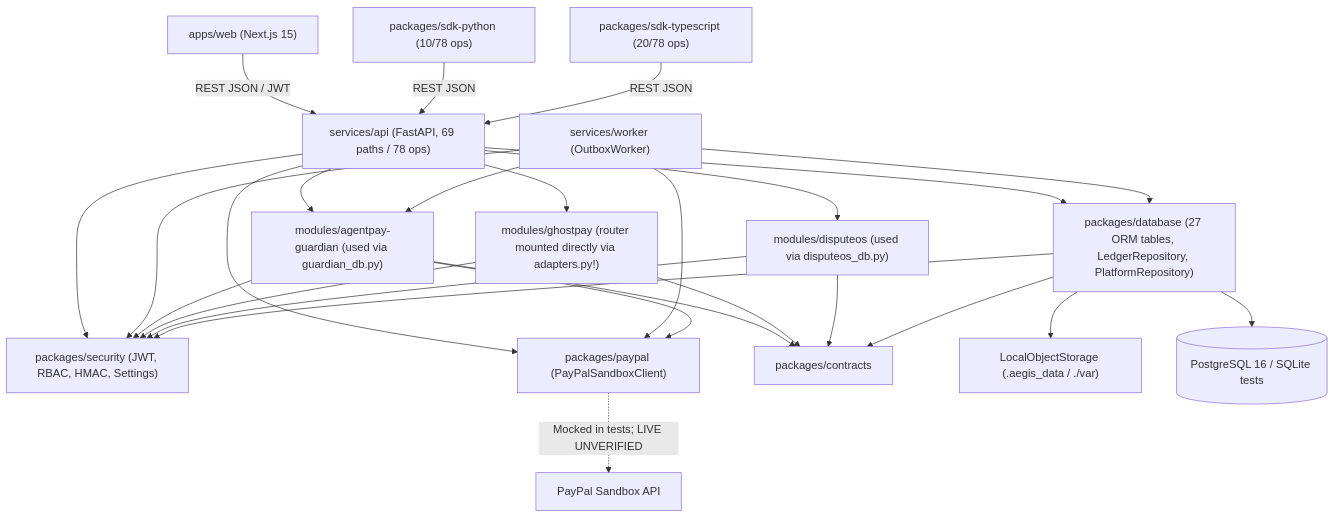
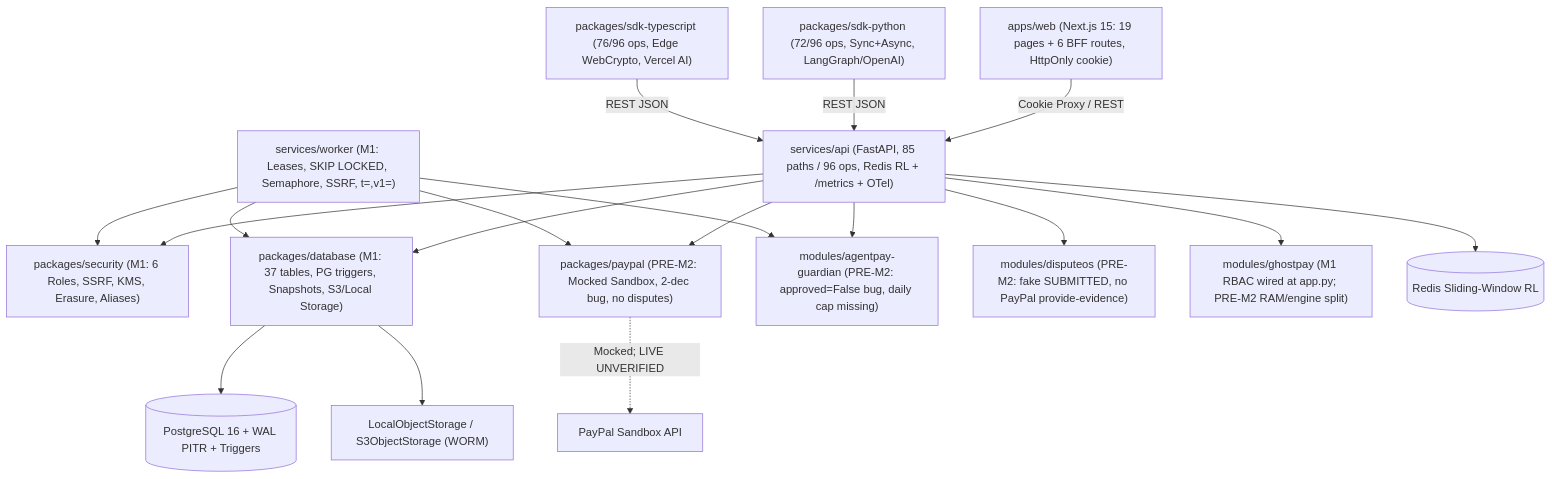
Before and after one commit to abhinav29102005/aegis: the diagram in aegis-production-audit/01_REPOSITORY_AND_ARCHITECTURE_AUDIT.md, drawn with Mermaid. The commit also changed other lines of this file and 18 other files, not shown here.

````diff
--- a/aegis-production-audit/01_REPOSITORY_AND_ARCHITECTURE_AUDIT.md
+++ b/aegis-production-audit/01_REPOSITORY_AND_ARCHITECTURE_AUDIT.md
@@ -49,31 +45,23 @@
 ```mermaid
 flowchart TD
-    WEB["apps/web (Next.js 15)"] -->|REST JSON / JWT| API["services/api (FastAPI, 69 paths / 78 ops)"]
-    SDKPY["packages/sdk-python (10/78 ops)"] -->|REST JSON| API
-    SDKTS["packages/sdk-typescript (20/78 ops)"] -->|REST JSON| API
+    WEB["apps/web (Next.js 15: 19 pages + 6 BFF routes, HttpOnly cookie)"] -->|Cookie Proxy / REST| API["services/api (FastAPI, 85 paths / 96 ops, Redis RL + /metrics + OTel)"]
+    SDKPY["packages/sdk-python (72/96 ops, Sync+Async, LangGraph/OpenAI)"] -->|REST JSON| API
+    SDKTS["packages/sdk-typescript (76/96 ops, Edge WebCrypto, Vercel AI)"] -->|REST JSON| API
 
-    API --> SEC["packages/security (JWT, RBAC, HMAC, Settings)"]
-    API --> DB["packages/database (27 ORM tables, LedgerRepository, PlatformRepository)"]
-    API --> PP["packages/paypal (PayPalSandboxClient)"]
-    API --> GUARD["modules/agentpay-guardian (used via guardian_db.py)"]
-    API --> DISP["modules/disputeos (used via disputeos_db.py)"]
-    API --> GHOST["modules/ghostpay (router mounted directly via adapters.py!)"]
+    API --> SEC["packages/security (M1: 6 Roles, SSRF, KMS, Erasure, Aliases)"]
+    API --> DB["packages/database (M1: 37 tables, PG triggers, Snapshots, S3/Local Storage)"]
+    API --> PP["packages/paypal (PRE-M2: Mocked Sandbox, 2-dec bug, no disputes)"]
+    API --> GUARD["modules/agentpay-guardian (PRE-M2: approved=False bug, daily cap missing)"]
+    API --> DISP["modules/disputeos (PRE-M2: fake SUBMITTED, no PayPal provide-evidence)"]
+    API --> GHOST["modules/ghostpay (M1 RBAC wired at app.py; PRE-M2 RAM/engine split)"]
 
-    WRK["services/worker (OutboxWorker)"] --> DB
+    WRK["services/worker (M1: Leases, SKIP LOCKED, Semaphore, SSRF, t=,v1=)"] --> DB
     WRK --> GUARD
     WRK --> PP
     WRK --> SEC
 
-    GUARD --> CONTRACTS["packages/contracts"]
-    GUARD --> SEC
-    GUARD --> PP
-    GHOST --> CONTRACTS
-    GHOST --> SEC
-    DISP --> CONTRACTS
-    DISP --> SEC
-    DB --> CONTRACTS
-    DB --> SEC
-    DB --> STORAGE["LocalObjectStorage (.aegis_data / ./var)"]
-    DB --> PG[("PostgreSQL 16 / SQLite tests")]
-    PP -.->|"Mocked in tests; LIVE UNVERIFIED"| PPSBX["PayPal Sandbox API"]
+    DB --> PG[("PostgreSQL 16 + WAL PITR + Triggers")]
+    API --> REDIS[("Redis Sliding-Window RL")]
+    DB --> OBJ["LocalObjectStorage / S3ObjectStorage (WORM)"]
+    PP -.->|"Mocked; LIVE UNVERIFIED"| PPSBX["PayPal Sandbox API"]
 ```
````
